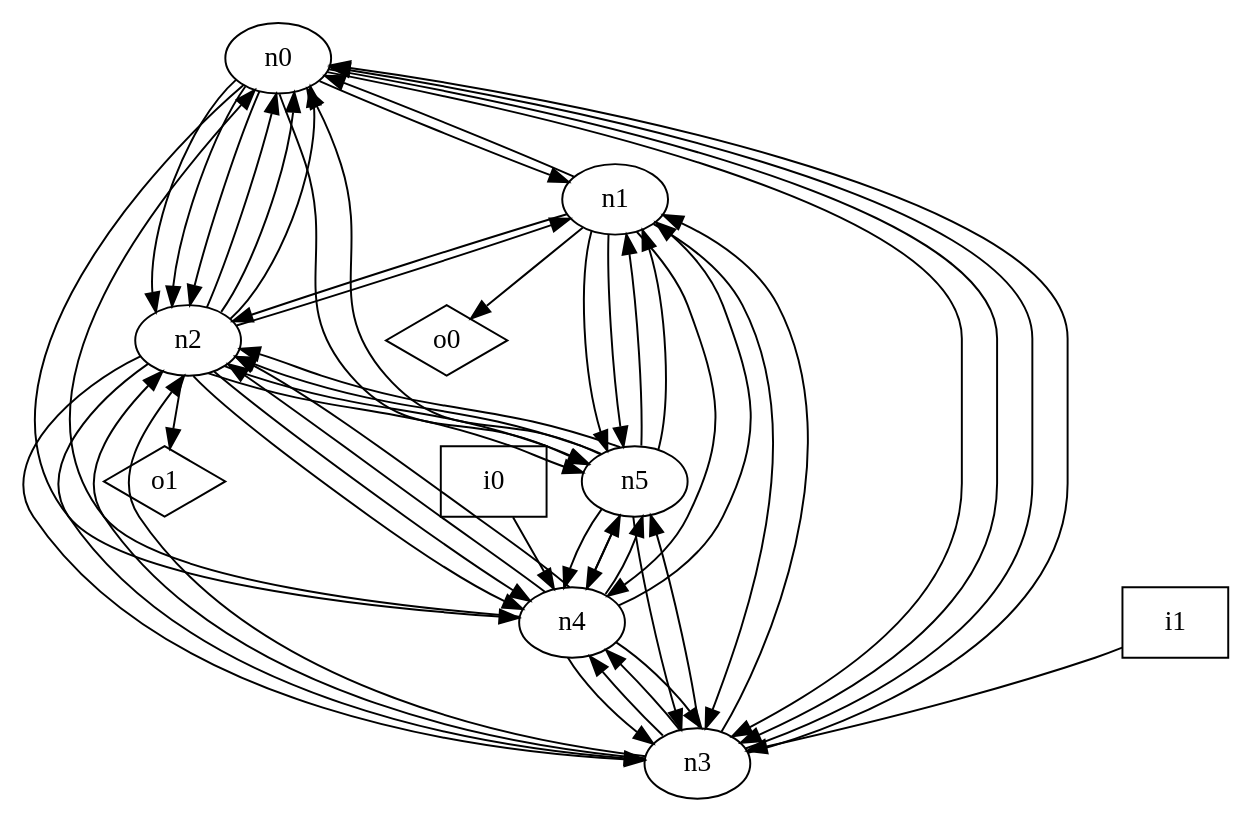
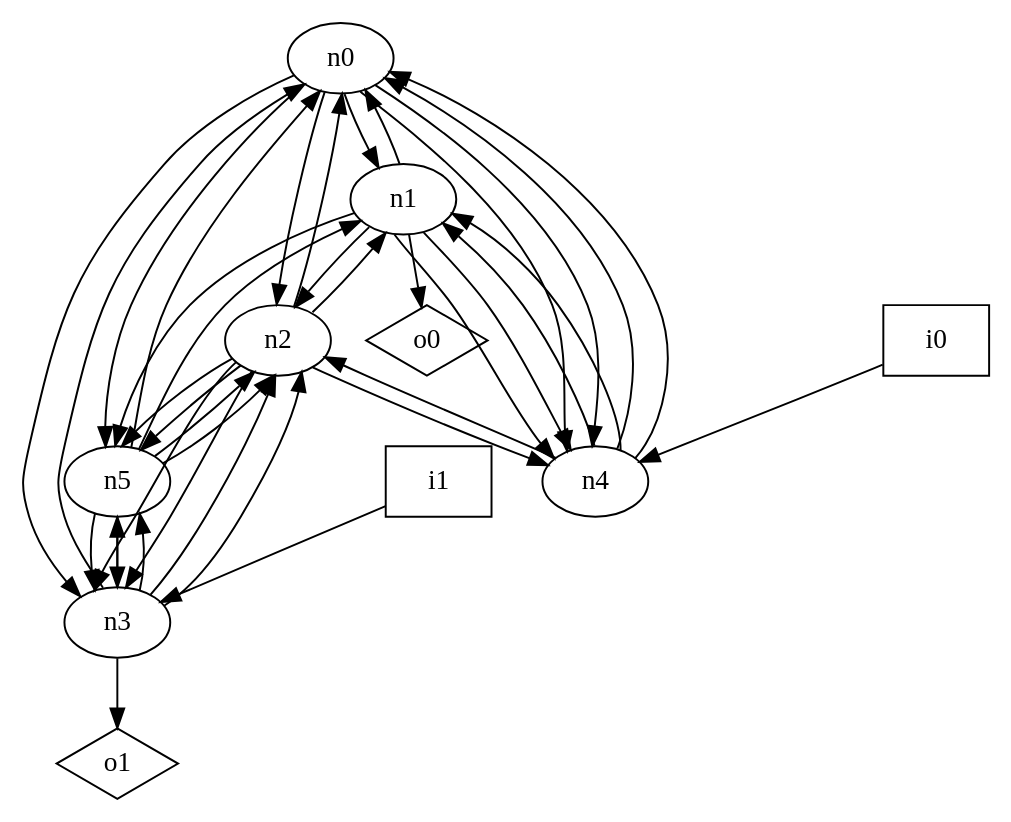
Before and after one commit to p9romain/bool-circuits: the diagram in dot_files/random/random_undirected_loop_free_graph.dot, drawn with Graphviz. The commit also changed 22 other files, not shown here.

```diff
--- a/dot_files/random/random_undirected_loop_free_graph.dot
+++ b/dot_files/random/random_undirected_loop_free_graph.dot
@@ -1,64 +1,50 @@
 digraph G {
 n0 [label="n0"];
 n1 [label="n1"];
 n2 [label="n2"];
 n3 [label="n3"];
 n4 [label="n4"];
 n5 [label="n5"];
 n6 [label="i0",shape="box"];
 n7 [label="i1",shape="box"];
 n8 [label="o0",shape="diamond"];
 n9 [label="o1",shape="diamond"];
 n0 -> n1
 n0 -> n2
-n0 -> n2
-n0 -> n2
 n0 -> n3
-n0 -> n3
+n0 -> n4
 n0 -> n4
 n0 -> n5
 n1 -> n0
 n1 -> n2
-n1 -> n3
+n1 -> n4
 n1 -> n4
 n1 -> n5
-n1 -> n5
 n1 -> n8
-n2 -> n0
-n2 -> n0
 n2 -> n0
 n2 -> n1
 n2 -> n3
 n2 -> n3
 n2 -> n4
-n2 -> n4
 n2 -> n5
 n2 -> n5
-n2 -> n9
 n3 -> n0
-n3 -> n0
-n3 -> n1
 n3 -> n2
 n3 -> n2
-n3 -> n4
-n3 -> n4
 n3 -> n5
+n3 -> n5
+n3 -> n9
+n4 -> n0
 n4 -> n0
 n4 -> n1
+n4 -> n1
 n4 -> n2
-n4 -> n2
-n4 -> n3
-n4 -> n3
-n4 -> n5
-n4 -> n5
 n5 -> n0
-n5 -> n1
 n5 -> n1
 n5 -> n2
 n5 -> n2
 n5 -> n3
-n5 -> n4
-n5 -> n4
+n5 -> n3
 n6 -> n4
 n7 -> n3
 }
```
